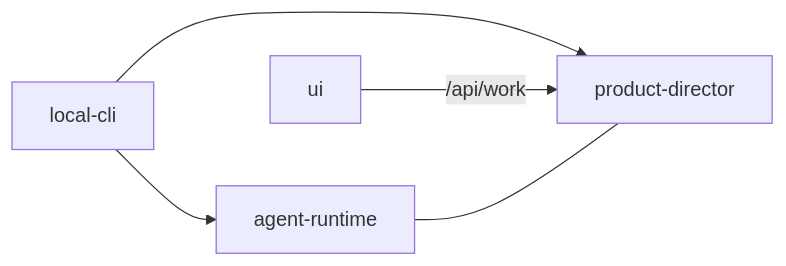
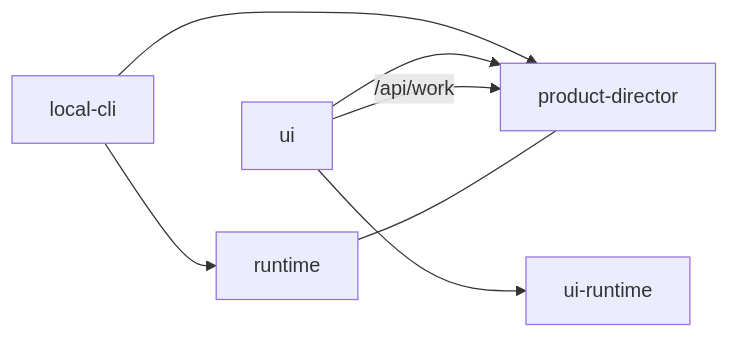
One commit to buildautomaton/meta-harness changed the diagram in README.md. Above: the diagram before and after it, drawn with Mermaid. The commit also changed other lines of this file and 724 other files, not shown here.

Commit message:
Rename agent runtime to runtime, refactor plugins for ui

````diff
--- a/README.md
+++ b/README.md
@@ -22,11 +25,14 @@
 ```mermaid
 flowchart LR
   cli["local-cli"]
-  runtime["agent-runtime"]
+  runtime["runtime"]
   director["product-director"]
   ui["ui"]
+  uiRuntime["ui-runtime"]
   cli --> runtime
   cli --> director
+  ui --> uiRuntime
+  ui --> director
   ui -->|"/api/work"| director
   runtime --- director
 ```
````
